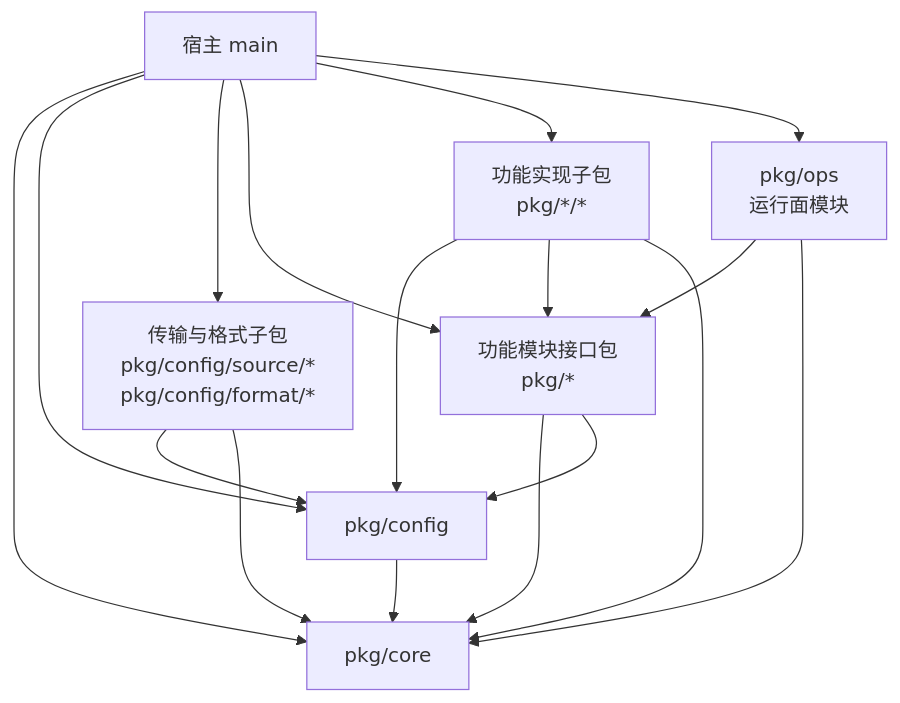
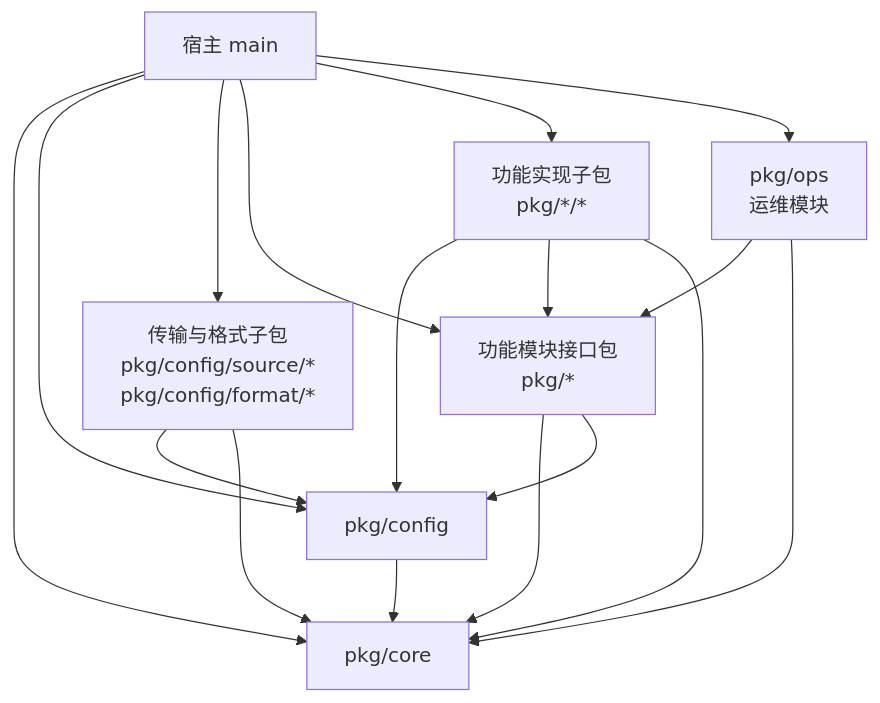
The first of 5 diagrams in docs/design/architecture.md (wangzw/speed), drawn with Mermaid before and after one commit. The commit also changed other lines of this file and 328 other files, not shown here.

````diff
--- a/docs/design/architecture.md
+++ b/docs/design/architecture.md
@@ -34,28 +34,28 @@
 ```mermaid
 graph TD
   host["宿主 main"]
   core["pkg/core"]
   config["pkg/config"]
   source["传输与格式子包<br/>pkg/config/source/*<br/>pkg/config/format/*"]
   iface["功能模块接口包<br/>pkg/*"]
   impl["功能实现子包<br/>pkg/*/*"]
-  ops["pkg/ops<br/>运行面模块"]
+  ops["pkg/ops<br/>运维模块"]
 
   host --> core
   host --> config
   host --> source
   host --> iface
   host --> impl
   host --> ops
 
   config --> core
   iface --> core
   iface --> config
   impl --> config
   source --> config
   source --> core
   impl --> iface
   impl --> core
   ops --> iface
   ops --> core
 ```
````
